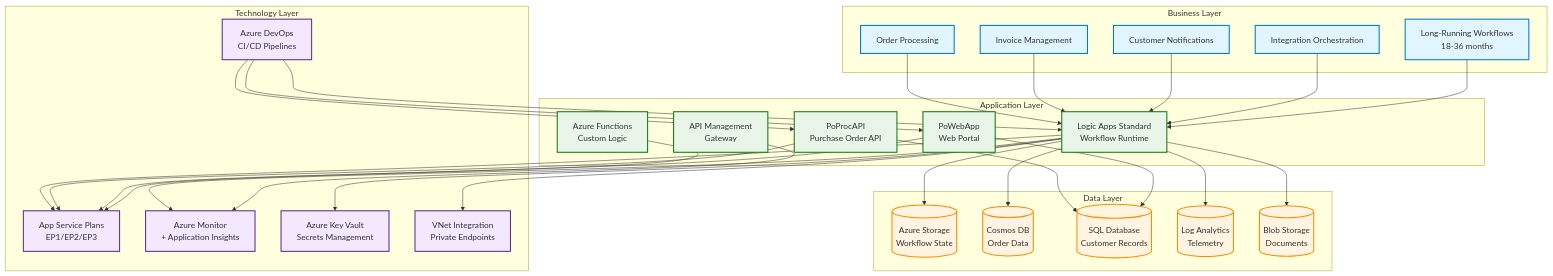
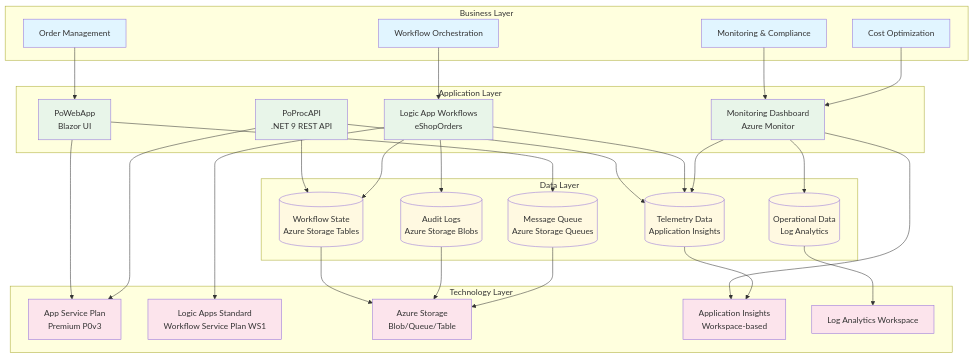
The first of 4 diagrams in README.md (Evilazaro/Azure-LogicApps-Monitoring), drawn with Mermaid before and after one commit. The commit also changed other lines of this file, not shown here.

````diff
--- a/README.md
+++ b/README.md
@@ -317,70 +163,76 @@
 ```mermaid
 graph TB
     subgraph "Business Layer"
-        B1[Order Processing]
-        B2[Invoice Management]
-        B3[Customer Notifications]
-        B4[Integration Orchestration]
-        B5[Long-Running Workflows<br/>18-36 months]
+        B1[Order Management]
+        B2[Workflow Orchestration]
+        B3[Monitoring & Compliance]
+        B4[Cost Optimization]
     end
     
     subgraph "Data Layer"
-        D1[(Azure Storage<br/>Workflow State)]
-        D2[(Cosmos DB<br/>Order Data)]
-        D3[(SQL Database<br/>Customer Records)]
-        D4[(Log Analytics<br/>Telemetry)]
-        D5[(Blob Storage<br/>Documents)]
+        D1[(Operational Data<br/>Log Analytics)]
+        D2[(Workflow State<br/>Azure Storage Tables)]
+        D3[(Audit Logs<br/>Azure Storage Blobs)]
+        D4[(Telemetry Data<br/>Application Insights)]
+        D5[(Message Queue<br/>Azure Storage Queues)]
     end
     
     subgraph "Application Layer"
-        A1[Logic Apps Standard<br/>Workflow Runtime]
-        A2[PoProcAPI<br/>Purchase Order API]
-        A3[PoWebApp<br/>Web Portal]
-        A4[Azure Functions<br/>Custom Logic]
-        A5[API Management<br/>Gateway]
+        A1[PoWebApp<br/>Blazor UI]
+        A2[PoProcAPI<br/>.NET 9 REST API]
+        A3[Logic App Workflows<br/>eShopOrders]
+        A4[Monitoring Dashboard<br/>Azure Monitor]
     end
     
     subgraph "Technology Layer"
-        T1[App Service Plans<br/>EP1/EP2/EP3]
-        T2[Azure Monitor<br/>+ Application Insights]
-        T3[Azure Key Vault<br/>Secrets Management]
-        T4[VNet Integration<br/>Private Endpoints]
-        T5[Azure DevOps<br/>CI/CD Pipelines]
+        T1[App Service Plan<br/>Premium P0v3]
+        T2[Logic Apps Standard<br/>Workflow Service Plan WS1]
+        T3[Azure Storage<br/>Blob/Queue/Table]
+        T4[Application Insights<br/>Workspace-based]
+        T5[Log Analytics Workspace]
     end
     
     B1 --> A1
-    B2 --> A1
-    B3 --> A1
-    B4 --> A1
-    B5 --> A1
+    B2 --> A3
+    B3 --> A4
+    B4 --> A4
     
-    A1 --> D1
-    A1 --> D2
-    A2 --> D3
+    A1 --> D5
+    A2 --> D2
+    A2 --> D4
+    A3 --> D2
     A3 --> D3
-    A1 --> D4
-    A1 --> D5
+    A3 --> D4
+    A4 --> D1
+    A4 --> D4
     
     A1 --> T1
     A2 --> T1
-    A3 --> T1
-    A4 --> T1
-    A1 --> T2
-    A5 --> T2
-    A1 --> T3
-    A1 --> T4
+    A3 --> T2
+    A4 --> T4
     
-    T5 --> A1
-    T5 --> A2
-    T5 --> A3
+    D1 --> T5
+    D2 --> T3
+    D3 --> T3
+    D4 --> T4
+    D5 --> T3
     
-    classDef businessClass fill:#e1f5ff,stroke:#0078d4,stroke-width:2px
-    classDef dataClass fill:#fff4e1,stroke:#ff8c00,stroke-width:2px
-    classDef appClass fill:#e8f5e8,stroke:#107c10,stroke-width:2px
-    classDef techClass fill:#f3e8ff,stroke:#5c2d91,stroke-width:2px
-    
-    class B1,B2,B3,B4,B5 businessClass
-    class D1,D2,D3,D4,D5 dataClass
-    class A1,A2,A3,A4,A5 appClass
-    class T1,T2,T3,T4,T5 techClass
+    style B1 fill:#e1f5ff
+    style B2 fill:#e1f5ff
+    style B3 fill:#e1f5ff
+    style B4 fill:#e1f5ff
+    style D1 fill:#fff9e1
+    style D2 fill:#fff9e1
+    style D3 fill:#fff9e1
+    style D4 fill:#fff9e1
+    style D5 fill:#fff9e1
+    style A1 fill:#e8f5e9
+    style A2 fill:#e8f5e9
+    style A3 fill:#e8f5e9
+    style A4 fill:#e8f5e9
+    style T1 fill:#fce4ec
+    style T2 fill:#fce4ec
+    style T3 fill:#fce4ec
+    style T4 fill:#fce4ec
+    style T5 fill:#fce4ec
 ```
````
